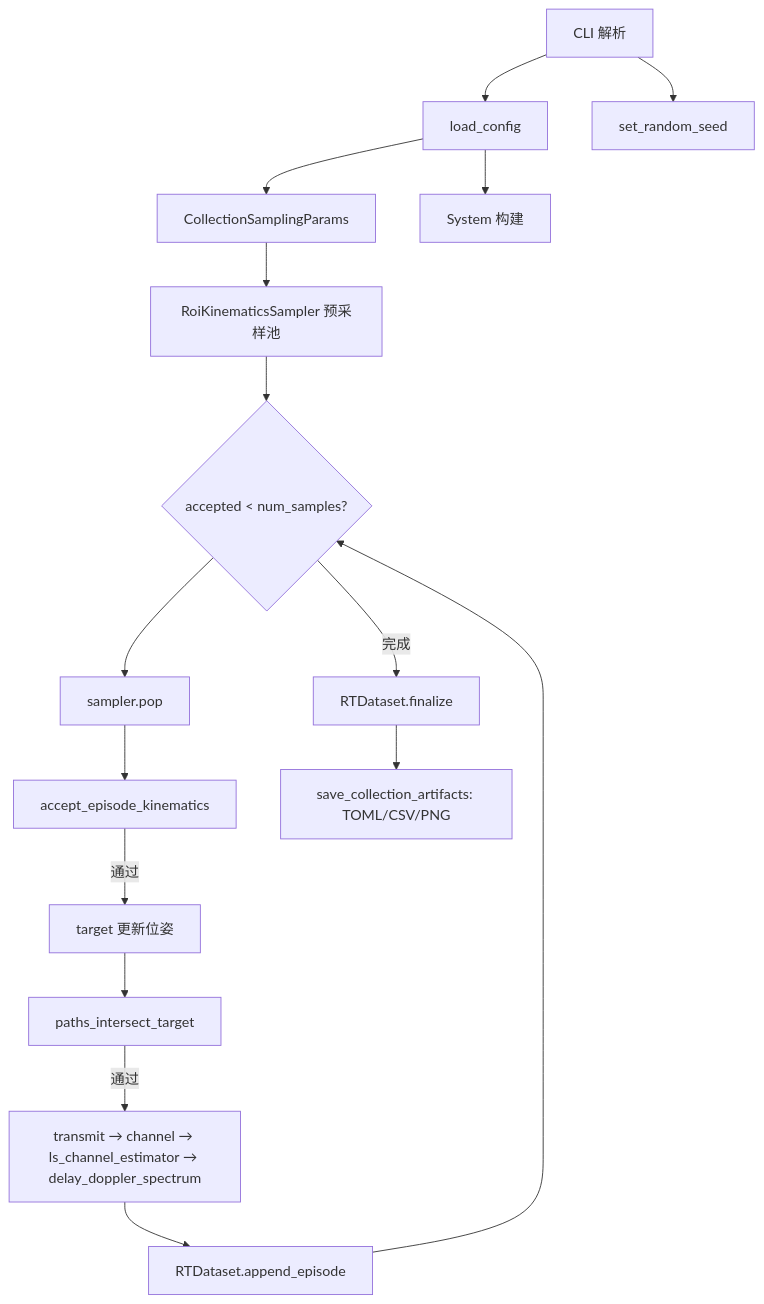
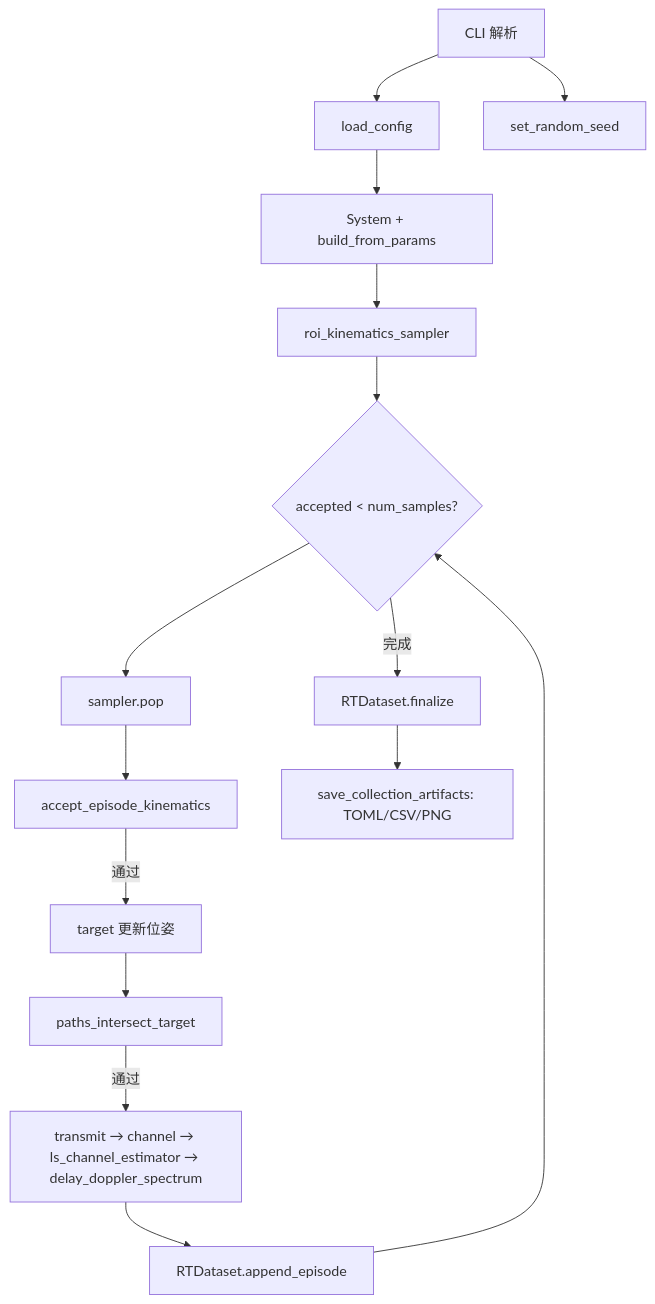
Before and after one commit to GitLinhp/isac: the diagram in docs/run_data_collection.md, drawn with Mermaid. The commit also changed other lines of this file and 5 other files, not shown here.

````diff
--- a/docs/run_data_collection.md
+++ b/docs/run_data_collection.md
@@ -99,18 +100,17 @@
 ```mermaid
 flowchart TD
     CLI[CLI 解析] --> Load[load_config]
-    Load --> Parse[CollectionSamplingParams]
-    Parse --> Pool[RoiKinematicsSampler 预采样池]
     CLI --> Seed[set_random_seed]
-    Load --> Sys[System 构建]
+    Load --> Sys[System + build_from_params]
+    Sys --> Pool[roi_kinematics_sampler]
     Pool --> Loop{accepted < num_samples?}
     Loop --> Pop[sampler.pop]
     Pop --> F1[accept_episode_kinematics]
     F1 -->|通过| Pose[target 更新位姿]
     Pose --> F2[paths_intersect_target]
     F2 -->|通过| Sim[transmit → channel → ls_channel_estimator → delay_doppler_spectrum]
     Sim --> H5[RTDataset.append_episode]
     H5 --> Loop
     Loop -->|完成| Final[RTDataset.finalize]
     Final --> Art[save_collection_artifacts: TOML/CSV/PNG]
 ```
````
